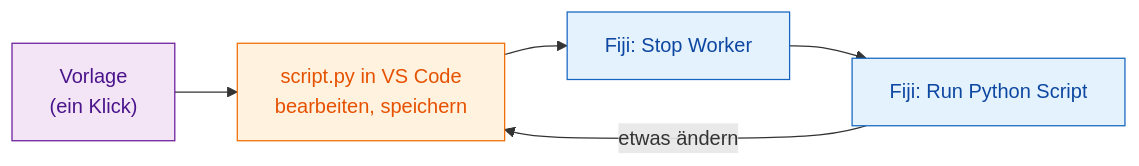
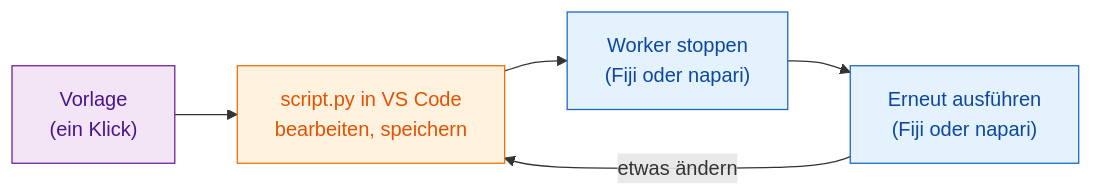
One commit to Oxford-Zeiss-Centre-of-Excellence/Wavu changed the diagram in guide/write/get-the-template.de.md. Above: the diagram before and after it, drawn with Mermaid. The commit also changed other lines of this file and 70 other files, not shown here.

First line of the commit message:
docs(site): Oxford blue theme with partner logos; napari throughout "Write a script"; FAIR marketplace

````diff
--- a/guide/write/get-the-template.de.md
+++ b/guide/write/get-the-template.de.md
@@ -16,13 +18,13 @@
 ```mermaid
 flowchart LR
     T["Vorlage<br/>(ein Klick)"]:::env
     V["script.py in VS Code<br/>bearbeiten, speichern"]:::script
-    S["Fiji: Stop Worker"]:::fiji
-    R["Fiji: Run Python Script"]:::fiji
+    S["Worker stoppen<br/>(Fiji oder napari)"]:::fiji
+    R["Erneut ausführen<br/>(Fiji oder napari)"]:::fiji
     T --> V --> S --> R
     R -- "etwas ändern" --> V
 
     classDef fiji   fill:#e3f2fd,stroke:#1565c0,color:#0d47a1
     classDef script fill:#fff3e0,stroke:#ef6c00,color:#e65100
     classDef env    fill:#f3e5f5,stroke:#6a1b9a,color:#4a148c
 ```
````
